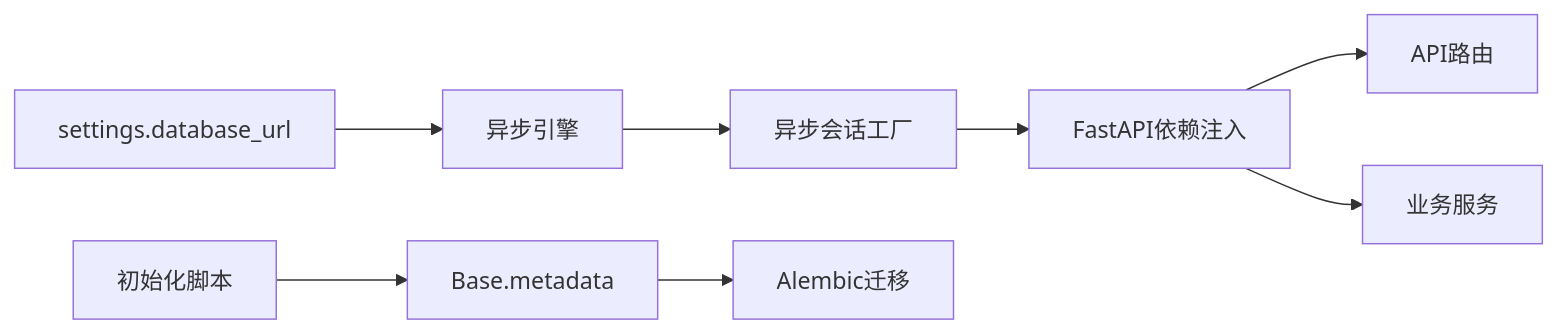
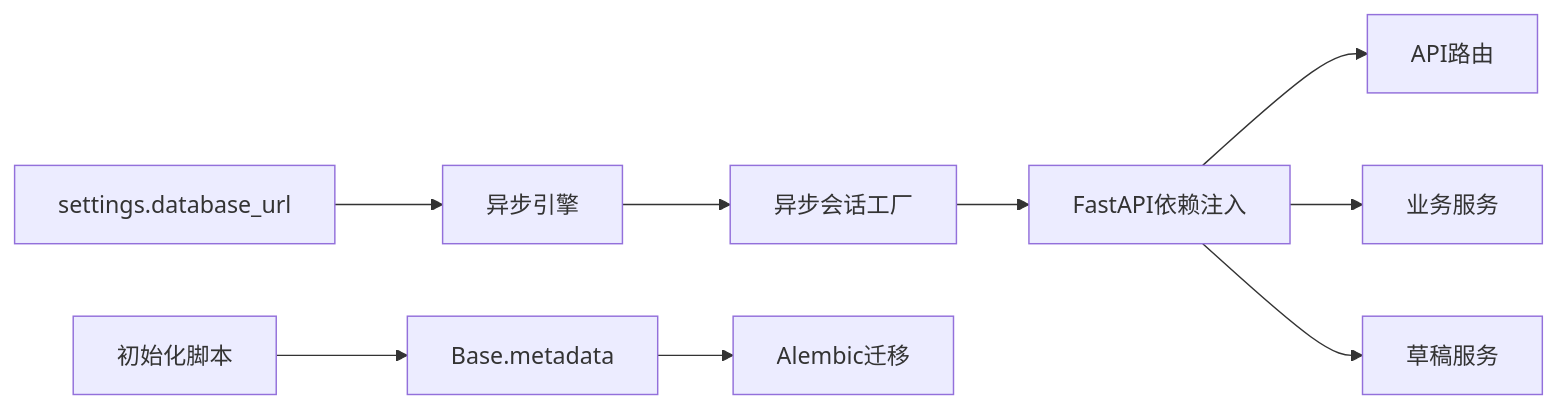
The fourth of 4 diagrams in .qoder/repowiki/zh/content/数据库设计/数据模型定义/数据模型定义.md (sansansansansan2022-web/hotclaw), drawn with Mermaid before and after one commit. The commit also changed other lines of this file and 44 other files, not shown here.

````diff
--- a/.qoder/repowiki/zh/content/数据库设计/数据模型定义/数据模型定义.md
+++ b/.qoder/repowiki/zh/content/数据库设计/数据模型定义/数据模型定义.md
@@ -488,10 +659,11 @@
 ```mermaid
 graph LR
 CFG["settings.database_url"] --> ENG["异步引擎"]
 ENG --> SESS["异步会话工厂"]
 SESS --> DEP["FastAPI依赖注入"]
 DEP --> API["API路由"]
 DEP --> SVC["业务服务"]
+DEP --> DRAFTSVC["草稿服务"]
 BASE["Base.metadata"] --> ALEMBIC["Alembic迁移"]
 INITDB["初始化脚本"] --> BASE
 ```
````
